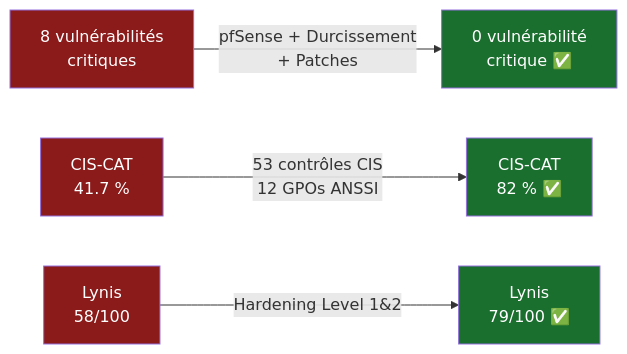
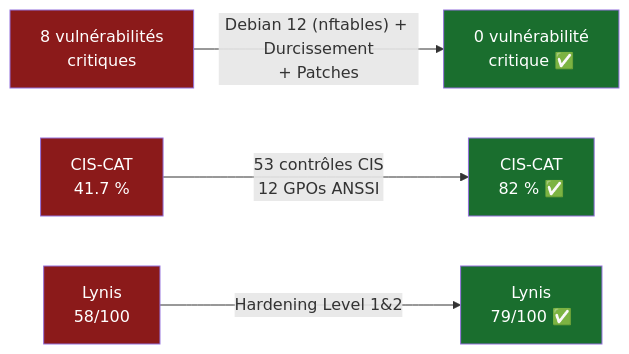
The fifth of 5 diagrams in gamma-rp05.md (Vinceadr/RP-05-Audit-Securite), drawn with Mermaid before and after one commit. The commit also changed other lines of this file and 4 other files, not shown here.

First line of the commit message:
Remplacement pfSense/Snort/Fail2ban -> nftables/Suricata/CrowdSec dans tous les docs

````diff
--- a/gamma-rp05.md
+++ b/gamma-rp05.md
@@ -168,12 +168,12 @@
 ```mermaid
 graph LR
-    A["8 vulnérabilités\ncritiques"] -->|"pfSense + Durcissement\n+ Patches"| B["0 vulnérabilité\ncritique ✅"]
+    A["8 vulnérabilités\ncritiques"] -->|"Debian 12 (nftables) + Durcissement\n+ Patches"| B["0 vulnérabilité\ncritique ✅"]
     C["CIS-CAT\n41.7 %"] -->|"53 contrôles CIS\n12 GPOs ANSSI"| D["CIS-CAT\n82 % ✅"]
     E["Lynis\n58/100"] -->|"Hardening Level 1&2"| F["Lynis\n79/100 ✅"]
     style B fill:#1a6e2e,color:#fff
     style D fill:#1a6e2e,color:#fff
     style F fill:#1a6e2e,color:#fff
     style A fill:#8b1a1a,color:#fff
     style C fill:#8b1a1a,color:#fff
     style E fill:#8b1a1a,color:#fff
 ```
````
